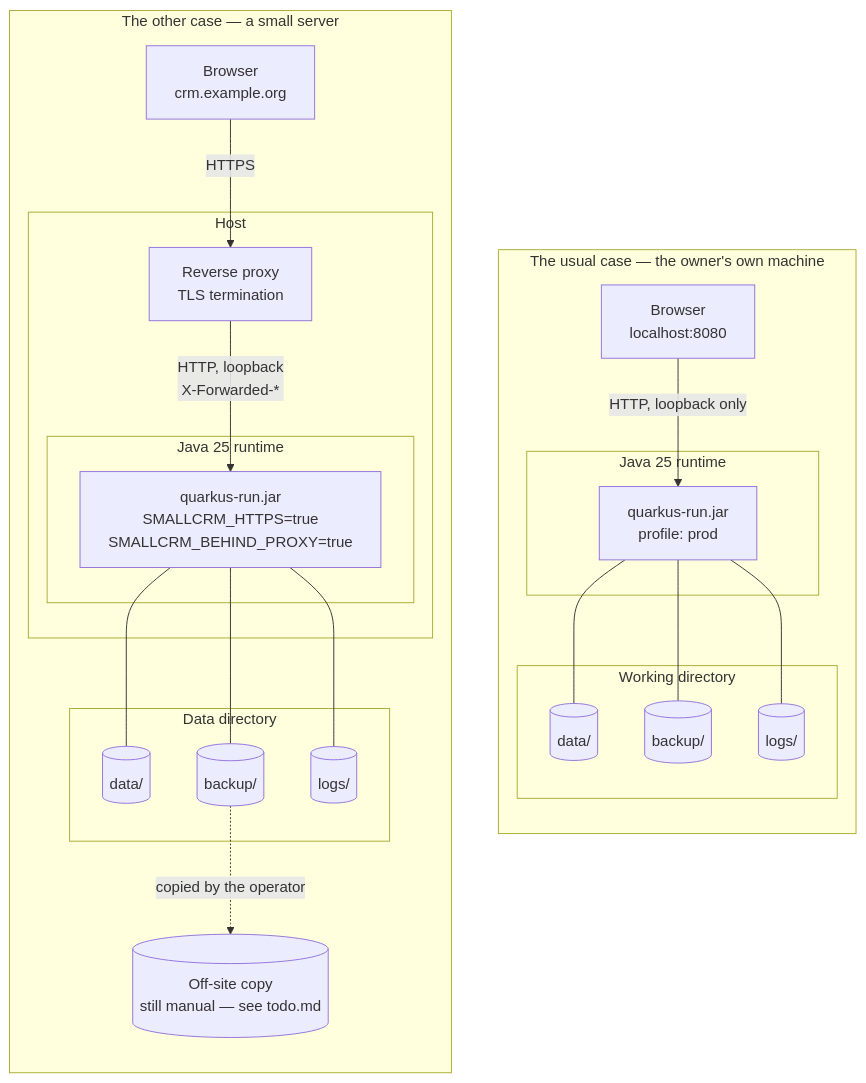
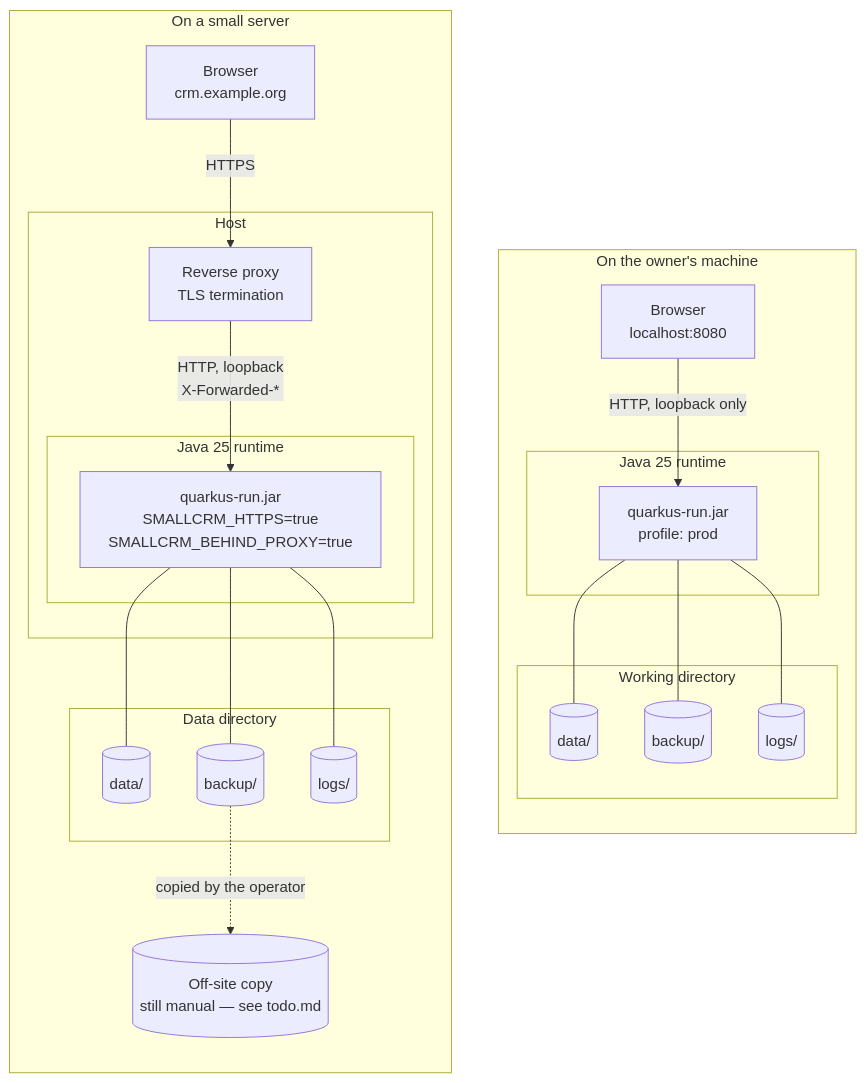
Before and after one commit to os890/small-crm: diagram 11 of 11 in docs/architecture.md, drawn with Mermaid. The commit also changed other lines of this file and 26 other files, not shown here.

First line of the commit message:
Render the architecture diagrams to PNG

````diff
--- a/docs/architecture.md
+++ b/docs/architecture.md
@@ -691,42 +692,42 @@
 ```mermaid
 flowchart TB
-    subgraph laptop["The usual case — the owner's own machine"]
+    subgraph laptop["On the owner's machine"]
         direction TB
         B1["Browser<br/>localhost:8080"]
         subgraph n1["Java 25 runtime"]
             P1["quarkus-run.jar<br/>profile: prod"]
         end
         subgraph d1["Working directory"]
             F1[("data/")]
             F2[("backup/")]
             F3[("logs/")]
         end
         B1 -->|"HTTP, loopback only"| P1
         P1 --- F1
         P1 --- F2
         P1 --- F3
     end
 
-    subgraph server["The other case — a small server"]
+    subgraph server["On a small server"]
         direction TB
         B2["Browser<br/>crm.example.org"]
         subgraph n2["Host"]
             PROXY["Reverse proxy<br/>TLS termination"]
             subgraph n3["Java 25 runtime"]
                 P2["quarkus-run.jar<br/>SMALLCRM_HTTPS=true<br/>SMALLCRM_BEHIND_PROXY=true"]
             end
         end
         subgraph d2["Data directory"]
             G1[("data/")]
             G2[("backup/")]
             G3[("logs/")]
         end
         OFF[("Off-site copy<br/>still manual — see todo.md")]
         B2 -->|"HTTPS"| PROXY
         PROXY -->|"HTTP, loopback<br/>X-Forwarded-*"| P2
         P2 --- G1
         P2 --- G2
         P2 --- G3
         G2 -.->|"copied by the operator"| OFF
     end
 ```
````
